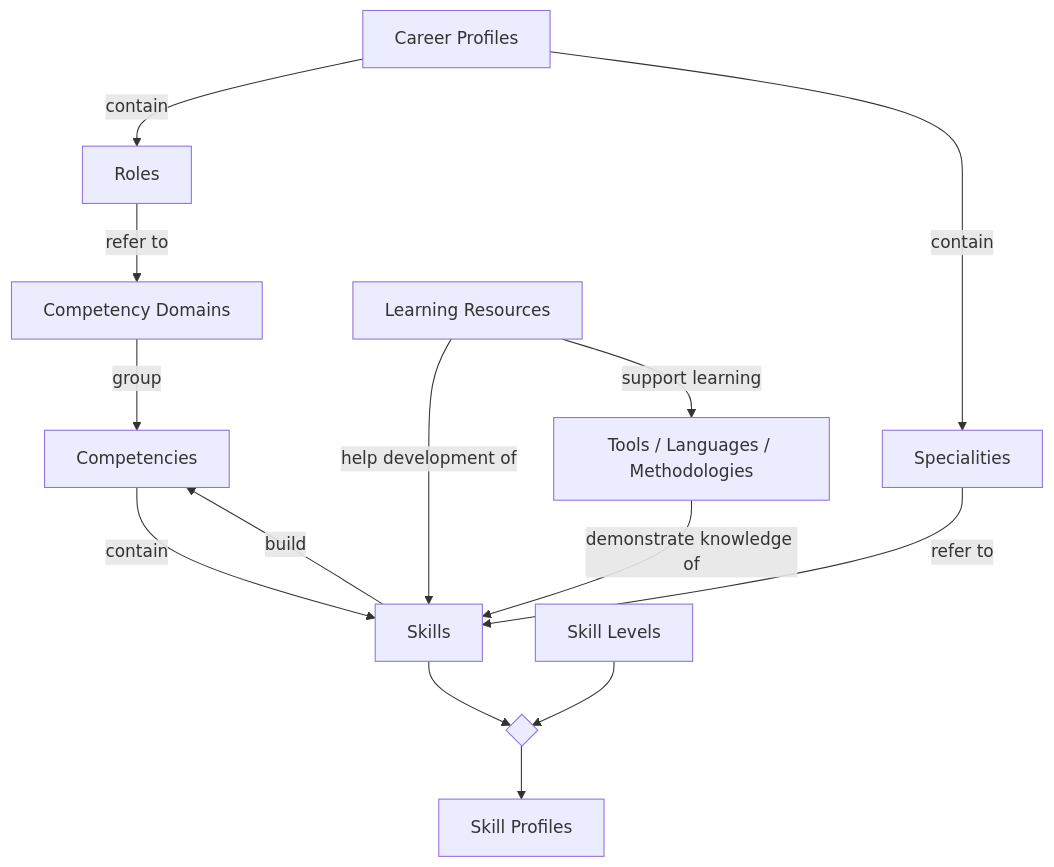
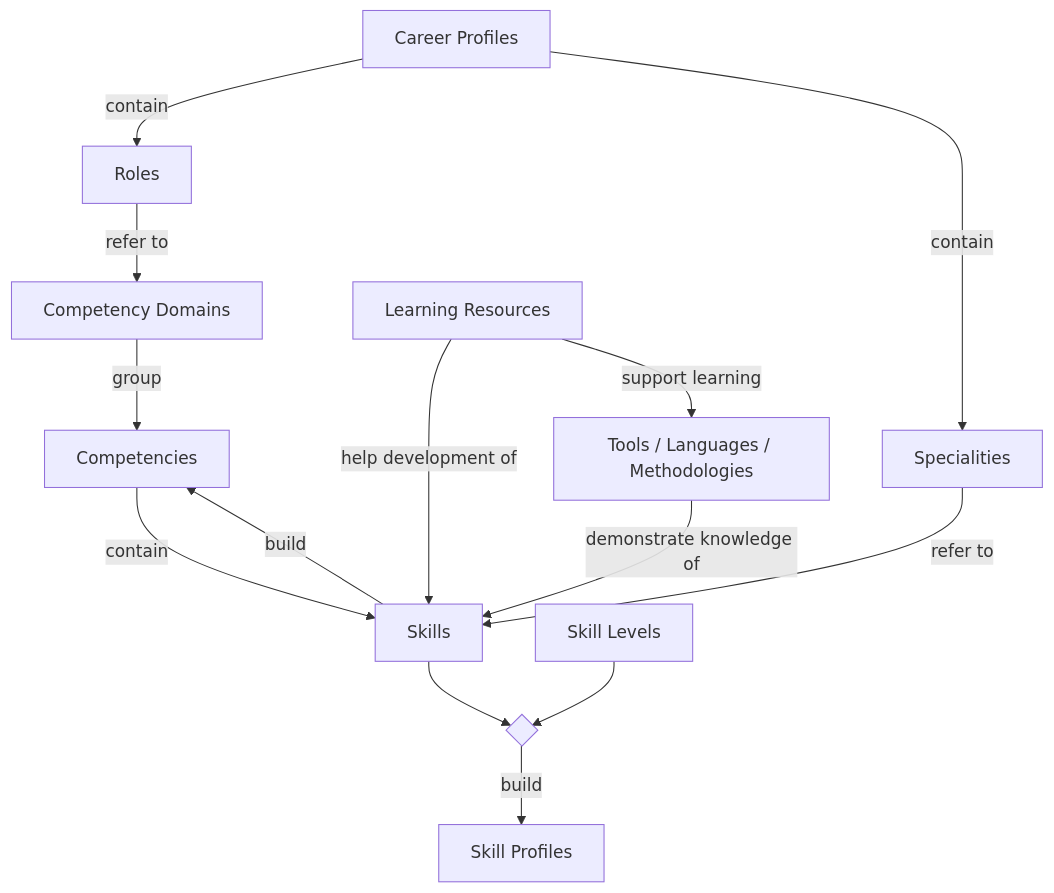
The diagram in framework/framework-diagram.md (direct-framework/digital-research-competencies-framework), drawn with Mermaid before and after one commit.

Commit message:
Update diagram to reflect build relationship with SP

````diff
--- a/framework/framework-diagram.md
+++ b/framework/framework-diagram.md
@@ -12,29 +12,29 @@
 ```mermaid
 flowchart TD
 CD[Competency Domains]
 C[Competencies]
 Sk[Skills]
 SL[Skill Levels]
 TLM[Tools / Languages / Methodologies]
 LR[Learning Resources]
 R[Roles]
 Spec[Specialities]
 CP[Career Profiles]
 SP[Skill Profiles]
 
 CD -- group --> C
 C -- contain --> Sk
 Sk -- build --> C
 TLM -- demonstrate knowledge of --> Sk
 LR -- help development of --> Sk
 LR -- support learning --> TLM
 CP -- contain --> R
 CP -- contain --> Spec
 R -- refer to --> CD
 Spec -- refer to --> Sk
 
 SL --> J{ }
 Sk --> J
-J --> SP
+J -- build --> SP
 
 ```
````
